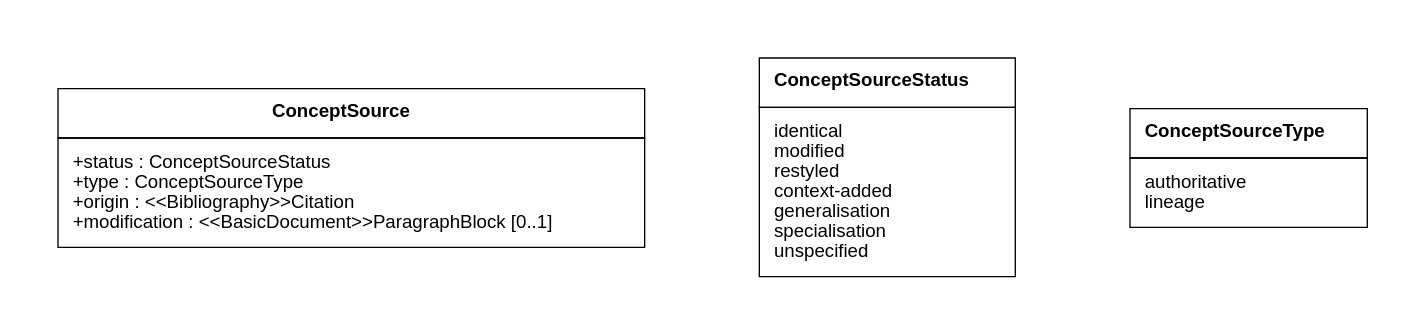
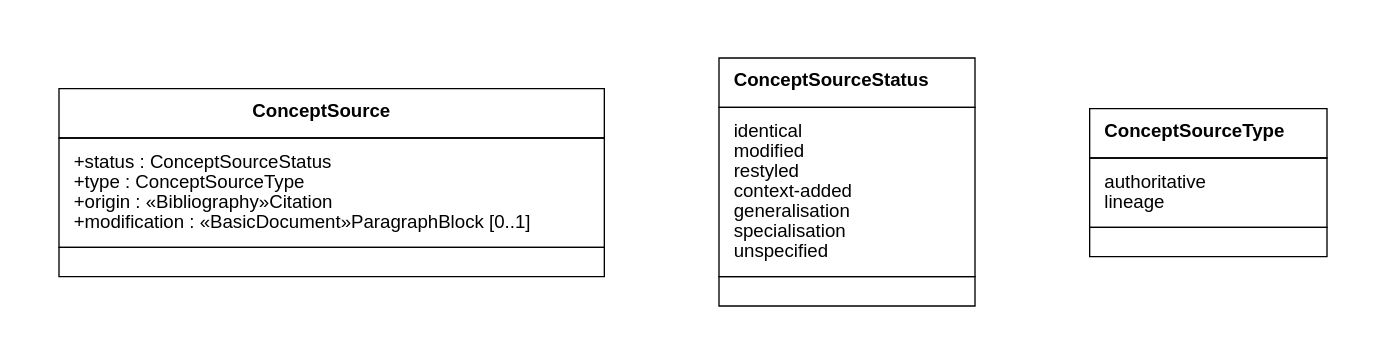
The diagram in lutaml/ConceptSource.dot (glossarist/concept-model), drawn with Graphviz before and after one commit. The commit also changed 51 other files, not shown here.

```diff
--- a/lutaml/ConceptSource.dot
+++ b/lutaml/ConceptSource.dot
@@ -1,68 +1,92 @@
 digraph G {
   graph [splines="ortho" pad=0.5 ranksep="1.2.equally" nodesep="1.2.equally"]
   edge [color="gray50"]
   node [shape="box" fontname="Helvetica-bold"]
 
   ConceptSource [shape="plain" fontname="Helvetica" label=<
     <TABLE BORDER="0" CELLBORDER="1" CELLSPACING="0" CELLPADDING="10">
     <TR>
-    <TD><B>ConceptSource</B></TD>
+    <TD><TABLE BORDER="0" CELLPADDING="0" CELLSPACING="0">
+    <TR><TD ALIGN="CENTER"><B>ConceptSource</B></TD></TR>
+  </TABLE>
+  </TD>
   </TR>
   
   <TR>
-    <TD>
-          <TABLE BORDER="0" CELLPADDING="0" CELLSPACING="0">
-            <TR><TD ALIGN="LEFT">+status : ConceptSourceStatus </TD></TR>
+    <TD><TABLE BORDER="0" CELLPADDING="0" CELLSPACING="0">
+              <TR><TD ALIGN="LEFT">+status : ConceptSourceStatus </TD></TR>
             <TR><TD ALIGN="LEFT">+type : ConceptSourceType </TD></TR>
-            <TR><TD ALIGN="LEFT">+origin : &#60;&#60;Bibliography&#62;&#62;Citation </TD></TR>
-            <TR><TD ALIGN="LEFT">+modification : &#60;&#60;BasicDocument&#62;&#62;ParagraphBlock &#91;0..1&#93;</TD></TR>
-          </TABLE>
+            <TR><TD ALIGN="LEFT">+origin : «Bibliography»Citation </TD></TR>
+            <TR><TD ALIGN="LEFT">+modification : «BasicDocument»ParagraphBlock &#91;0..1&#93;</TD></TR>
+  </TABLE>
         </TD>
+  </TR>
+  
+  <TR>
+    <TD><TABLE BORDER="0" CELLPADDING="0" CELLSPACING="0">
+    <TR><TD ALIGN="LEFT"></TD></TR>
+  </TABLE></TD>
   </TR>
   
   </TABLE>
   >]
   
   ConceptSourceStatus [shape="plain" fontname="Helvetica" label=<
     <TABLE BORDER="0" CELLBORDER="1" CELLSPACING="0" CELLPADDING="10">
     <TR>
-    <TD><B>ConceptSourceStatus</B></TD>
+    <TD><TABLE BORDER="0" CELLPADDING="0" CELLSPACING="0">
+    <TR><TD ALIGN="CENTER"><B>ConceptSourceStatus</B></TD></TR>
+  </TABLE>
+  </TD>
   </TR>
   
   <TR>
-    <TD>
-          <TABLE BORDER="0" CELLPADDING="0" CELLSPACING="0">
-            <TR><TD ALIGN="LEFT">identical</TD></TR>
+    <TD><TABLE BORDER="0" CELLPADDING="0" CELLSPACING="0">
+              <TR><TD ALIGN="LEFT">identical</TD></TR>
             <TR><TD ALIGN="LEFT">modified</TD></TR>
             <TR><TD ALIGN="LEFT">restyled</TD></TR>
             <TR><TD ALIGN="LEFT">context-added</TD></TR>
             <TR><TD ALIGN="LEFT">generalisation</TD></TR>
             <TR><TD ALIGN="LEFT">specialisation</TD></TR>
             <TR><TD ALIGN="LEFT">unspecified</TD></TR>
-          </TABLE>
+  </TABLE>
         </TD>
+  </TR>
+  
+  <TR>
+    <TD><TABLE BORDER="0" CELLPADDING="0" CELLSPACING="0">
+    <TR><TD ALIGN="LEFT"></TD></TR>
+  </TABLE></TD>
   </TR>
   
   </TABLE>
   >]
   
   ConceptSourceType [shape="plain" fontname="Helvetica" label=<
     <TABLE BORDER="0" CELLBORDER="1" CELLSPACING="0" CELLPADDING="10">
     <TR>
-    <TD><B>ConceptSourceType</B></TD>
+    <TD><TABLE BORDER="0" CELLPADDING="0" CELLSPACING="0">
+    <TR><TD ALIGN="CENTER"><B>ConceptSourceType</B></TD></TR>
+  </TABLE>
+  </TD>
   </TR>
   
   <TR>
-    <TD>
-          <TABLE BORDER="0" CELLPADDING="0" CELLSPACING="0">
-            <TR><TD ALIGN="LEFT">authoritative</TD></TR>
+    <TD><TABLE BORDER="0" CELLPADDING="0" CELLSPACING="0">
+              <TR><TD ALIGN="LEFT">authoritative</TD></TR>
             <TR><TD ALIGN="LEFT">lineage</TD></TR>
-          </TABLE>
+  </TABLE>
         </TD>
+  </TR>
+  
+  <TR>
+    <TD><TABLE BORDER="0" CELLPADDING="0" CELLSPACING="0">
+    <TR><TD ALIGN="LEFT"></TD></TR>
+  </TABLE></TD>
   </TR>
   
   </TABLE>
   >]
 
 
 }
```
